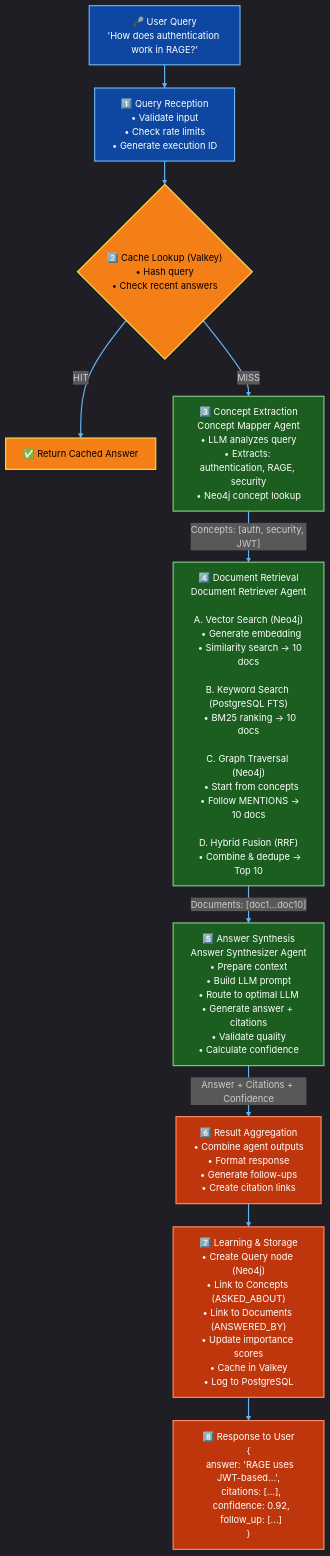
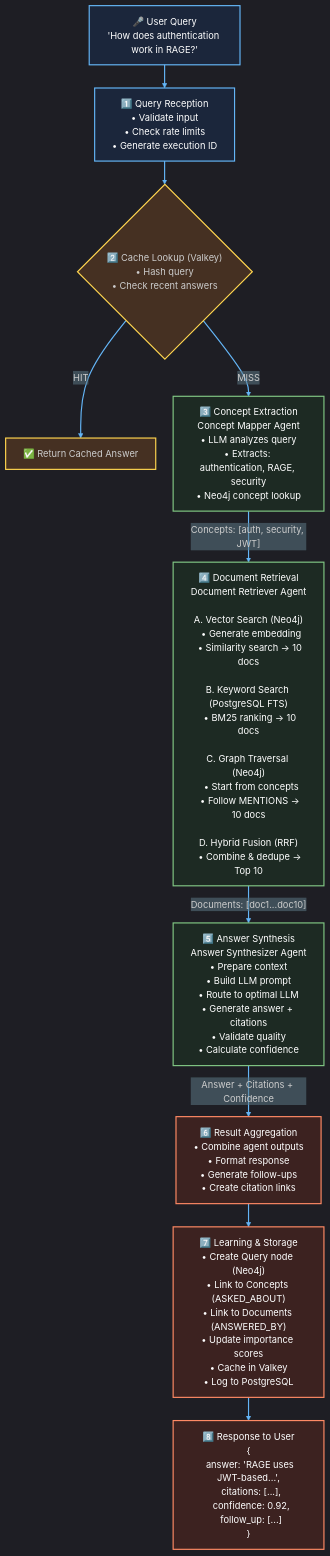
Before and after one commit to veics/rage_pitch: diagram 18 of 24 in docs/ARCHITECTURE.md, drawn with Mermaid. The commit also changed other lines of this file and 8 other files, not shown here.

````diff
--- a/docs/ARCHITECTURE.md
+++ b/docs/ARCHITECTURE.md
@@ -1229,46 +1128,52 @@
 ```mermaid
-%%{init: {'theme':'dark', 'flowchart': {'nodeSpacing': 30, 'rankSpacing': 40, 'curve': 'basis'}}}%%
+%%{init: {'theme':'dark', 'flowchart': {'nodeSpacing': 30, 'rankSpacing': 40, 'curve': 'basis'}, 'themeVariables': {'labelBackground':'rgba(38, 50, 56, 0.1)'}}}%%
 flowchart TD
     %% Title: Query Data Flow - User Query to Response
     Q["🎤 User Query<br/>'How does authentication work in RAGE?'"]
     
     QR["1️⃣ Query Reception<br/>• Validate input<br/>• Check rate limits<br/>• Generate execution ID"]
     
     CACHE{"2️⃣ Cache Lookup (Valkey)<br/>• Hash query<br/>• Check recent answers"}
     
     CACHED["✅ Return Cached Answer"]
     
     CE["3️⃣ Concept Extraction<br/>Concept Mapper Agent<br/>• LLM analyzes query<br/>• Extracts: authentication, RAGE, security<br/>• Neo4j concept lookup"]
     
     DR["4️⃣ Document Retrieval<br/>Document Retriever Agent<br/><br/>A. Vector Search (Neo4j)<br/>  • Generate embedding<br/>  • Similarity search → 10 docs<br/><br/>B. Keyword Search (PostgreSQL FTS)<br/>  • BM25 ranking → 10 docs<br/><br/>C. Graph Traversal (Neo4j)<br/>  • Start from concepts<br/>  • Follow MENTIONS → 10 docs<br/><br/>D. Hybrid Fusion (RRF)<br/>  • Combine & dedupe → Top 10"]
     
     AS["5️⃣ Answer Synthesis<br/>Answer Synthesizer Agent<br/>• Prepare context<br/>• Build LLM prompt<br/>• Route to optimal LLM<br/>• Generate answer + citations<br/>• Validate quality<br/>• Calculate confidence"]
     
     AGG["6️⃣ Result Aggregation<br/>• Combine agent outputs<br/>• Format response<br/>• Generate follow-ups<br/>• Create citation links"]
     
     LEARN["7️⃣ Learning & Storage<br/>• Create Query node (Neo4j)<br/>• Link to Concepts (ASKED_ABOUT)<br/>• Link to Documents (ANSWERED_BY)<br/>• Update importance scores<br/>• Cache in Valkey<br/>• Log to PostgreSQL"]
     
     RESP["8️⃣ Response to User<br/>{<br/>  answer: 'RAGE uses JWT-based...',<br/>  citations: [...],<br/>  confidence: 0.92,<br/>  follow_up: [...]<br/>}"]
     
     Q --> QR
     QR --> CACHE
     CACHE -->|HIT| CACHED
     CACHE -->|MISS| CE
     CE -->|"Concepts: [auth, security, JWT]"| DR
     DR -->|"Documents: [doc1...doc10]"| AS
     AS -->|"Answer + Citations + Confidence"| AGG
     AGG --> LEARN
     LEARN --> RESP
     
-    classDef reception fill:#0d47a1,stroke:#64b5f6,stroke-width:2px,color:#fff;
-    classDef cache fill:#f57f17,stroke:#ffd54f,stroke-width:2px,color:#000;
-    classDef agent fill:#1b5e20,stroke:#81c784,stroke-width:2px,color:#fff;
-    classDef result fill:#bf360c,stroke:#ff8a65,stroke-width:2px,color:#fff;
+    %% Styling
+    classDef titleStyle fill:#263238,fill-opacity:0.3,stroke:#64b5f6,stroke-width:2px,font-weight:bold,font-size:16px;
+    classDef boxStyle fill:none,stroke:#64b5f6,stroke-width:2px,stroke-dasharray:5 5;
+
+    class Box1,Box2,Box3,Box4,Box5 boxStyle;
+
+    classDef reception fill:#0d47a1,fill-opacity:0.18,stroke:#64b5f6,stroke-width:2px,color:#fff;
+    classDef cache fill:#f57f17,fill-opacity:0.18,stroke:#ffd54f,stroke-width:2px;
+    classDef agent fill:#1b5e20,fill-opacity:0.18,stroke:#81c784,stroke-width:2px,color:#fff;
+    classDef result fill:#bf360c,fill-opacity:0.18,stroke:#ff8a65,stroke-width:2px,color:#fff;
     
     class Q,QR reception;
     class CACHE,CACHED cache;
     class CE,DR,AS agent;
     class AGG,LEARN,RESP result;
     
     linkStyle default stroke:#64b5f6,stroke-width:2px;
 ```
````
